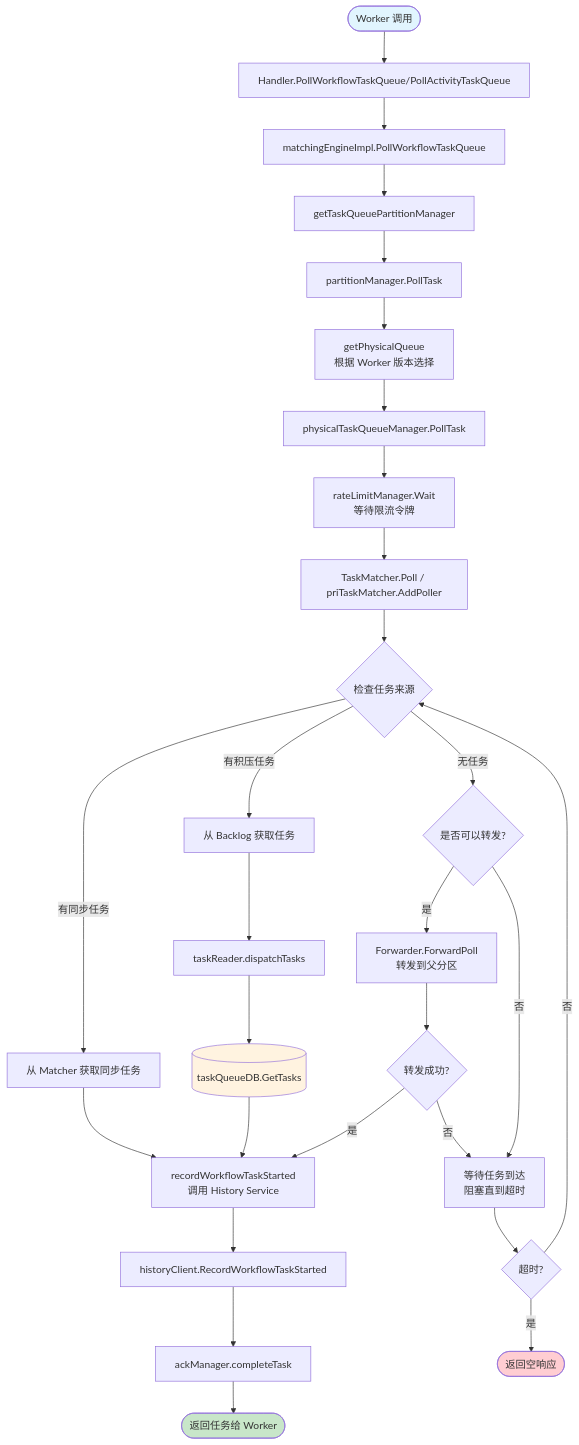
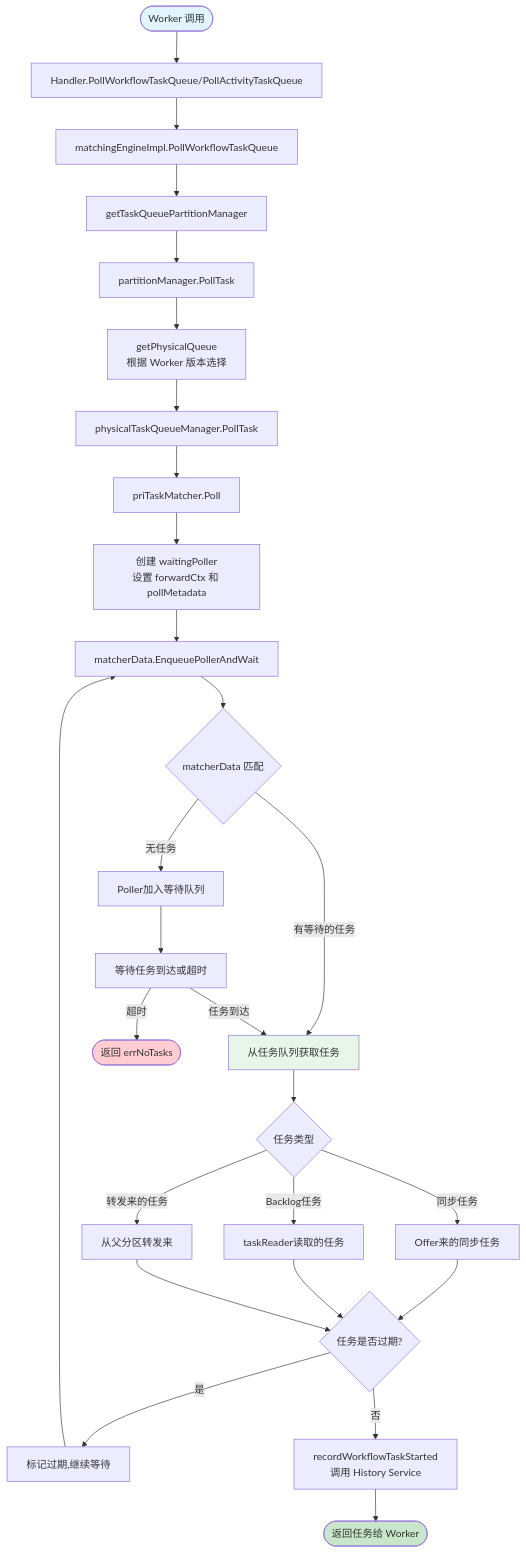
Before and after one commit to Nickqiaoo/temporal: the third of 5 diagrams in service/matching/matching_service_uml.md, drawn with Mermaid. The commit also changed other lines of this file, not shown here.

First line of the commit message:
Update flowcharts to use priTaskMatcher logic

````diff
--- a/service/matching/matching_service_uml.md
+++ b/service/matching/matching_service_uml.md
@@ -326,43 +334,42 @@
 ```mermaid
 flowchart TD
     Start([Worker 调用]) --> Handler[Handler.PollWorkflowTaskQueue/PollActivityTaskQueue]
     Handler --> Engine[matchingEngineImpl.PollWorkflowTaskQueue]
     Engine --> GetPartition[getTaskQueuePartitionManager]
     GetPartition --> PartitionPoll[partitionManager.PollTask]
 
     PartitionPoll --> GetPhysicalQueue[getPhysicalQueue<br/>根据 Worker 版本选择]
     GetPhysicalQueue --> PhysicalPoll[physicalTaskQueueManager.PollTask]
 
-    PhysicalPoll --> RateLimit[rateLimitManager.Wait<br/>等待限流令牌]
-    RateLimit --> MatcherPoll[TaskMatcher.Poll / priTaskMatcher.AddPoller]
+    PhysicalPoll --> MatcherPoll[priTaskMatcher.Poll]
+    MatcherPoll --> CreatePoller[创建 waitingPoller<br/>设置 forwardCtx 和 pollMetadata]
+    CreatePoller --> EnqueuePoller[matcherData.EnqueuePollerAndWait]
 
-    MatcherPoll --> CheckTask{检查任务来源}
+    EnqueuePoller --> CheckMatch{matcherData 匹配}
+    CheckMatch --> |有等待的任务| GetTask[从任务队列获取任务]
+    CheckMatch --> |无任务| WaitInQueue[Poller加入等待队列]
 
-    CheckTask --> |有同步任务| SyncTask[从 Matcher 获取同步任务]
-    SyncTask --> RecordStart[recordWorkflowTaskStarted<br/>调用 History Service]
+    WaitInQueue --> WaitForTask[等待任务到达或超时]
+    WaitForTask --> |超时| Timeout([返回 errNoTasks])
+    WaitForTask --> |任务到达| GetTask
 
-    CheckTask --> |有积压任务| BacklogTask[从 Backlog 获取任务]
-    BacklogTask --> TaskReader[taskReader.dispatchTasks]
-    TaskReader --> DB[(taskQueueDB.GetTasks)]
-    DB --> RecordStart
+    GetTask --> CheckTaskType{任务类型}
+    CheckTaskType --> |同步任务| SyncTask[Offer来的同步任务]
+    CheckTaskType --> |Backlog任务| BacklogTask[taskReader读取的任务]
+    CheckTaskType --> |转发来的任务| ForwardedTask[从父分区转发来]
 
-    CheckTask --> |无任务| CheckForward{是否可以转发?}
-    CheckForward --> |是| ForwardPoll[Forwarder.ForwardPoll<br/>转发到父分区]
-    ForwardPoll --> ForwardResult{转发成功?}
-    ForwardResult --> |是| RecordStart
-    ForwardResult --> |否| Wait[等待任务到达<br/>阻塞直到超时]
+    SyncTask --> CheckExpired
+    BacklogTask --> CheckExpired
+    ForwardedTask --> CheckExpired{任务是否过期?}
 
-    CheckForward --> |否| Wait
-    Wait --> Timeout{超时?}
-    Timeout --> |是| ReturnEmpty([返回空响应])
-    Timeout --> |否| CheckTask
+    CheckExpired --> |是| ExpireTask[标记过期,继续等待]
+    ExpireTask --> EnqueuePoller
+    CheckExpired --> |否| RecordStart[recordWorkflowTaskStarted<br/>调用 History Service]
 
-    RecordStart --> HistoryCall[historyClient.RecordWorkflowTaskStarted]
-    HistoryCall --> AckTask[ackManager.completeTask]
-    AckTask --> ReturnTask([返回任务给 Worker])
+    RecordStart --> ReturnTask([返回任务给 Worker])
 
     style Start fill:#e1f5fe
     style ReturnTask fill:#c8e6c9
-    style ReturnEmpty fill:#ffcdd2
-    style DB fill:#fff3e0
+    style Timeout fill:#ffcdd2
+    style GetTask fill:#e8f5e9
 ```
````
